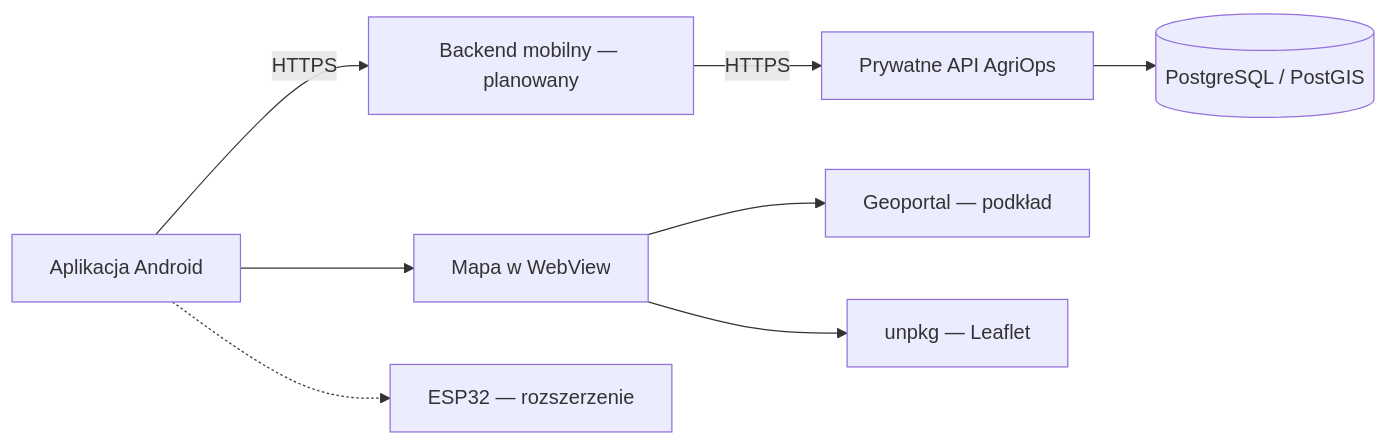
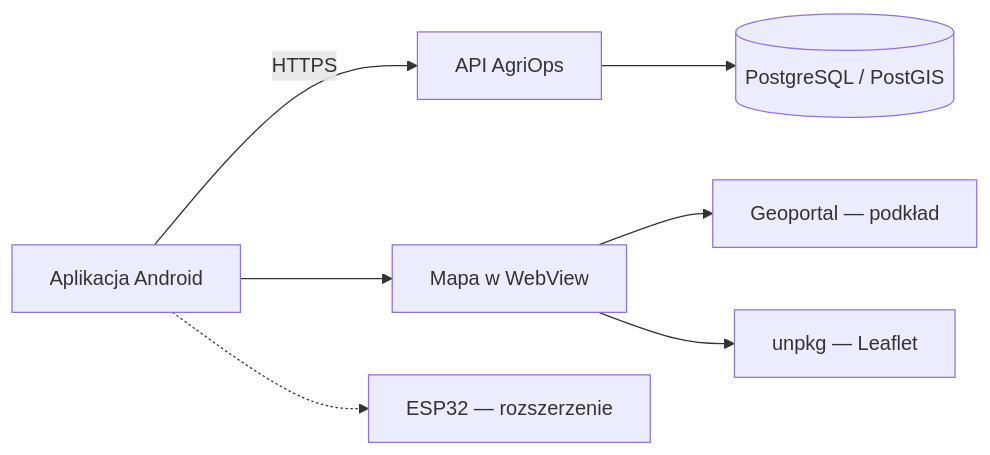
One commit to Kieratw/agriops-mobile changed the diagram in README.md. Above: the diagram before and after it, drawn with Mermaid. The commit also changed other lines of this file and 7 other files, not shown here.

Commit message:
docs: add mobile DFD and direct API architecture

````diff
--- a/README.md
+++ b/README.md
@@ -105,10 +108,9 @@
 ```mermaid
 flowchart LR
-    App["Aplikacja Android"] -->|HTTPS| Mobile["Backend mobilny — planowany"]
-    Mobile -->|HTTPS| API["Prywatne API AgriOps"]
+    App["Aplikacja Android"] -->|HTTPS| API["API AgriOps"]
     API --> DB[("PostgreSQL / PostGIS")]
     App --> Map["Mapa w WebView"]
     Map --> Geo["Geoportal — podkład"]
     Map --> CDN["unpkg — Leaflet"]
     App -.-> ESP["ESP32 — rozszerzenie"]
 ```
````
